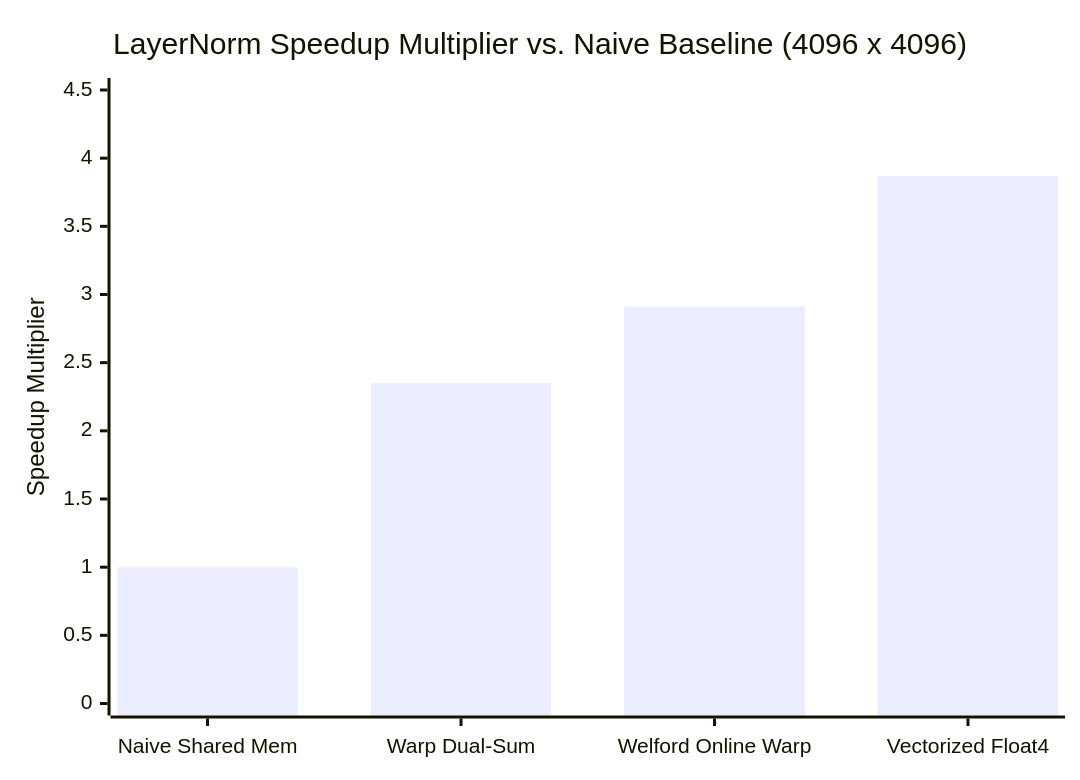
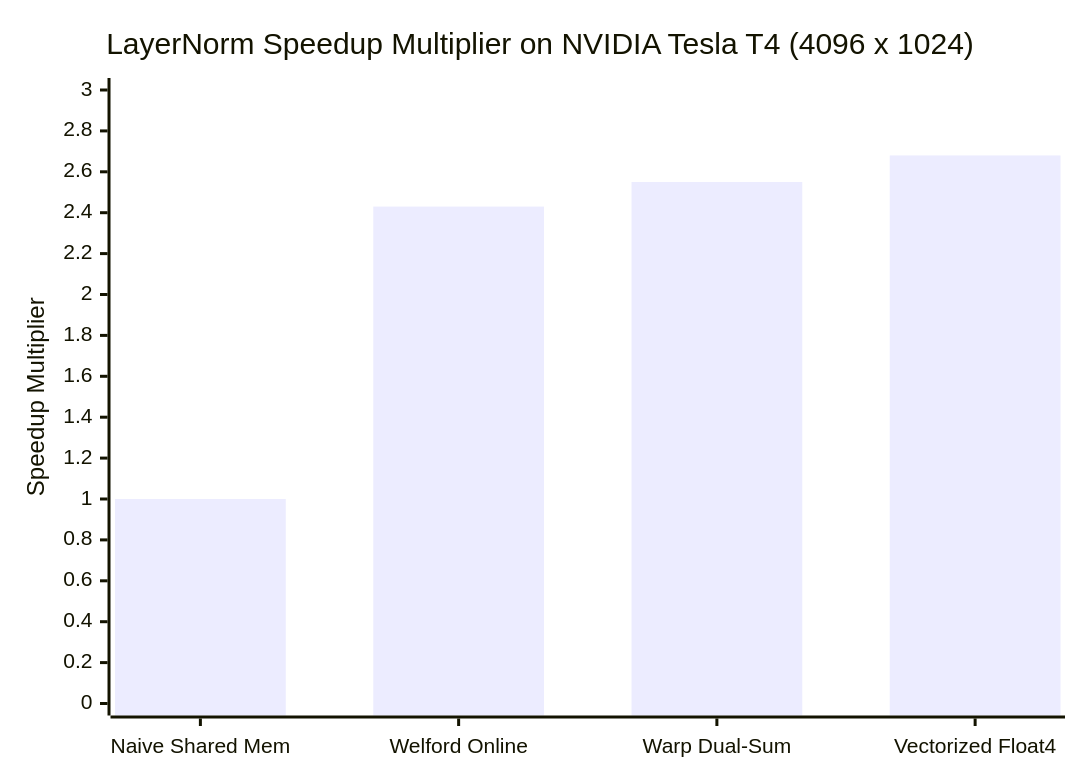
Before and after one commit to mehaksayedyusuf/Warp-Level-CUDA-Reductions-for-Softmax-and-LayerNorm-: the second of 2 diagrams in README.md, drawn with Mermaid. The commit also changed other lines of this file and 6 other files, not shown here.

Commit message:
docs: enrich report and charts with live empirical NVIDIA Tesla T4 GPU benchmark measurements

````diff
--- a/README.md
+++ b/README.md
@@ -199,7 +173,7 @@
 ```mermaid
 xychart-beta
-    title "LayerNorm Speedup Multiplier vs. Naive Baseline (4096 x 4096)"
-    x-axis ["Naive Shared Mem", "Warp Dual-Sum", "Welford Online Warp", "Vectorized Float4"]
-    y-axis "Speedup Multiplier" 0 --> 4.5
-    bar [1.00, 2.35, 2.91, 3.87]
+    title "LayerNorm Speedup Multiplier on NVIDIA Tesla T4 (4096 x 1024)"
+    x-axis ["Naive Shared Mem", "Welford Online", "Warp Dual-Sum", "Vectorized Float4"]
+    y-axis "Speedup Multiplier" 0 --> 3.0
+    bar [1.00, 2.43, 2.55, 2.68]
 ```
````
